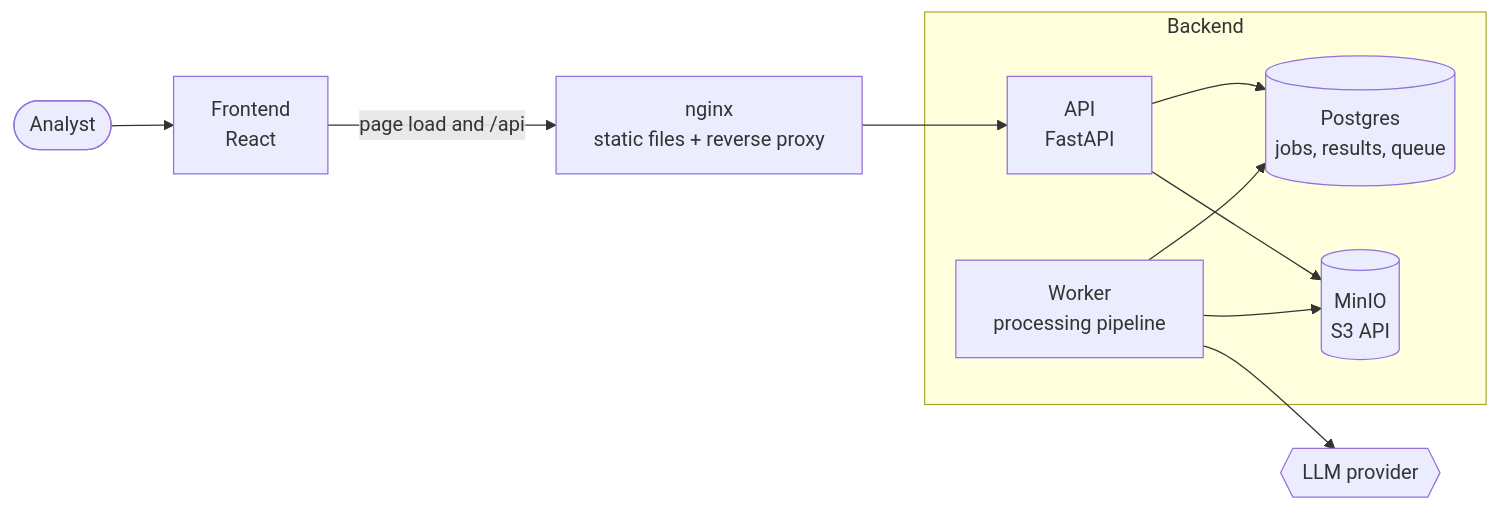
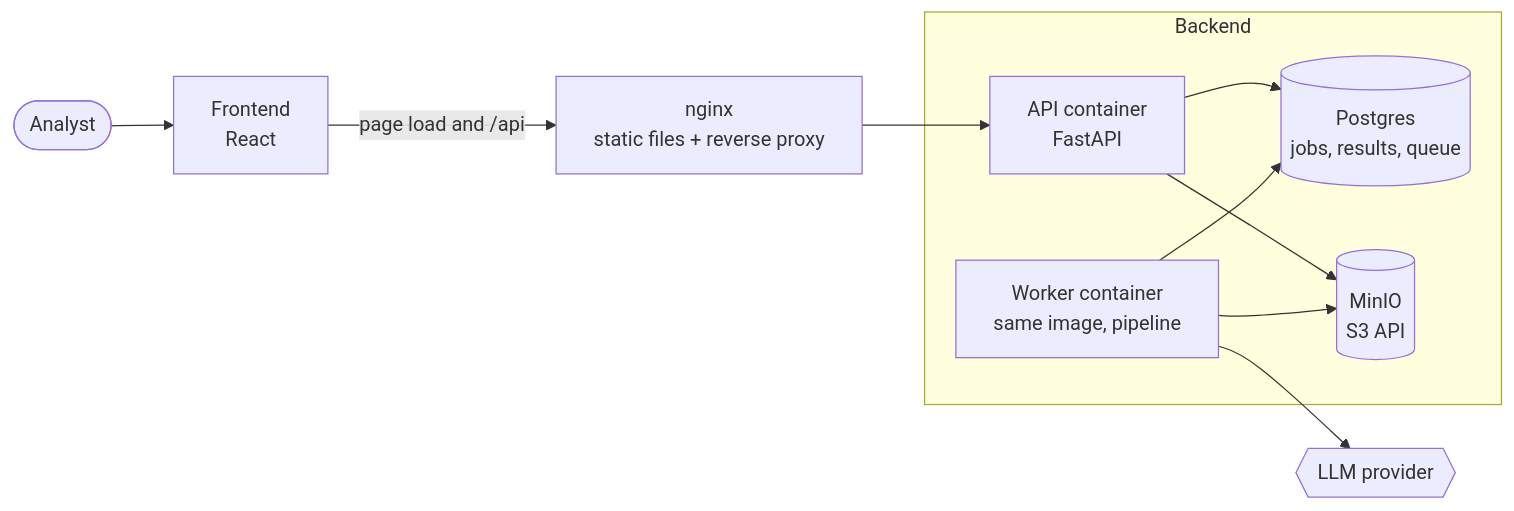
Before and after one commit to nc1z/doc-insight: the first of 13 diagrams in context/architecture.md, drawn with Mermaid. The commit also changed other lines of this file and 18 other files, not shown here.

````diff
--- a/context/architecture.md
+++ b/context/architecture.md
@@ -9,15 +9,15 @@
 ```mermaid
 flowchart LR
     Analyst([Analyst]) --> Browser[Frontend<br/>React]
     Browser -- "page load and /api" --> Nginx[nginx<br/>static files + reverse proxy]
     Nginx --> API
 
     subgraph Backend
-        API[API<br/>FastAPI] --> DB[(Postgres<br/>jobs, results, queue)]
+        API[API container<br/>FastAPI] --> DB[(Postgres<br/>jobs, results, queue)]
         API --> Files[(MinIO<br/>S3 API)]
-        Worker[Worker<br/>processing pipeline] --> DB
+        Worker[Worker container<br/>same image, pipeline] --> DB
         Worker --> Files
     end
 
     Worker --> LLM{{LLM provider}}
 ```
````
